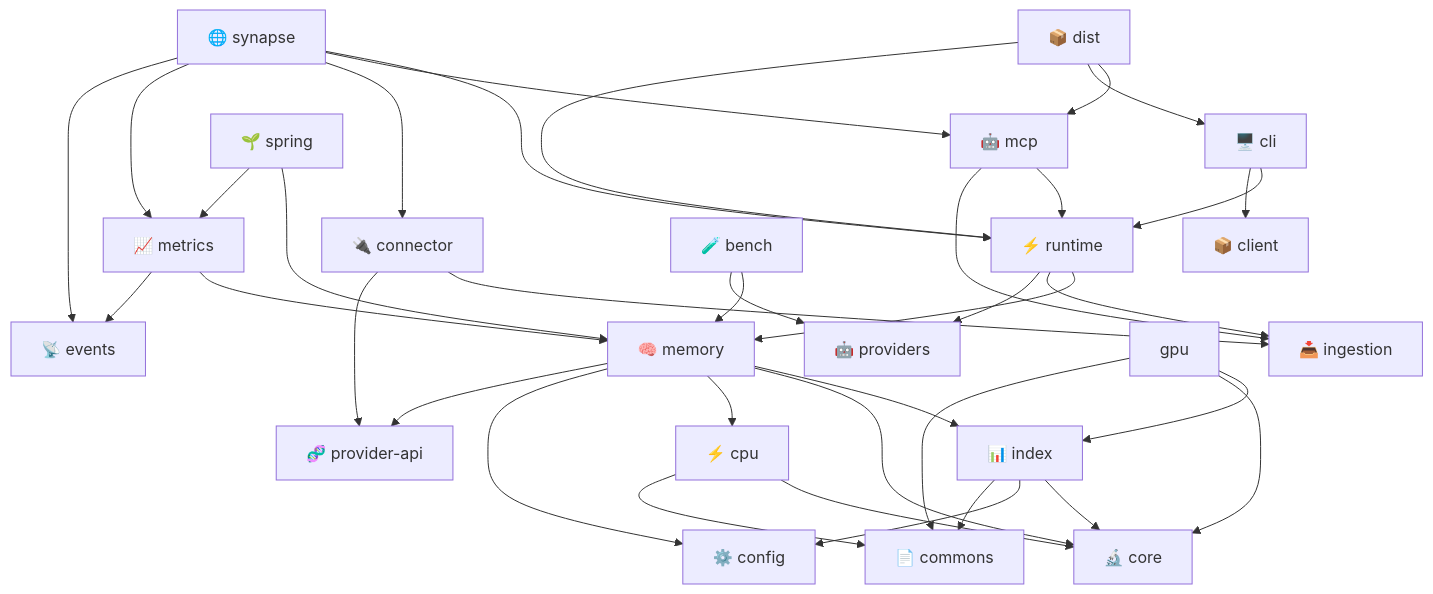
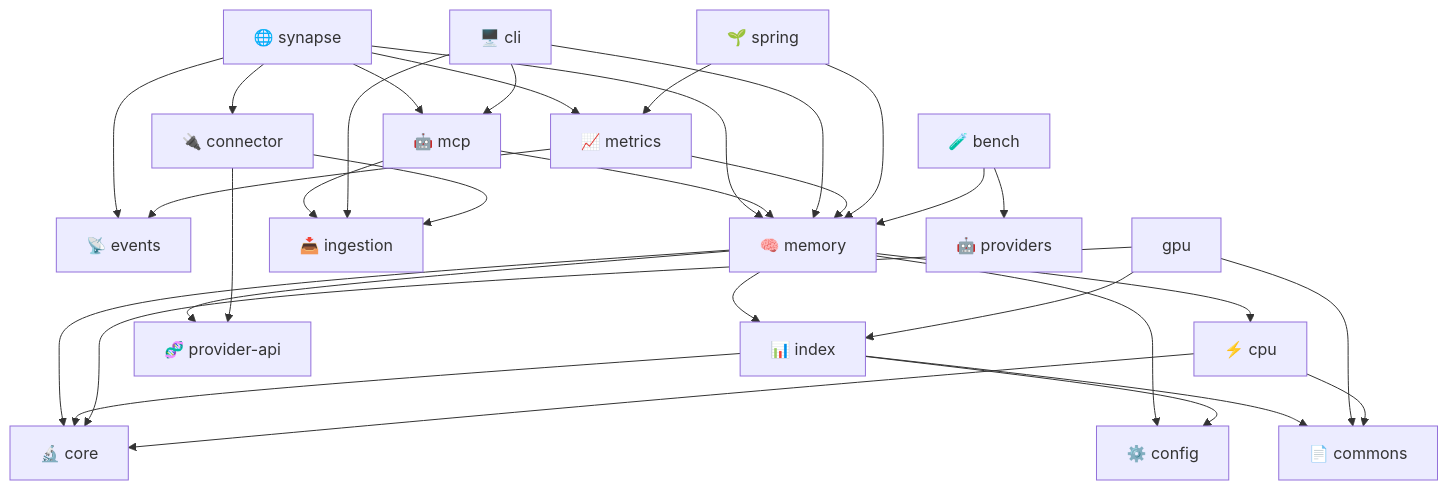
One commit to spectrayan/spector changed the seventh of 12 diagrams in docs/docs/architecture/overview.md. Above: the diagram before and after it, drawn with Mermaid. The commit also changed other lines of this file and 125 other files, not shown here.

First line of the commit message:
refactor(synapse): consolidate mcp and cli into spectorctl, decommission runtime dist and client (#658)

````diff
--- a/docs/docs/architecture/overview.md
+++ b/docs/docs/architecture/overview.md
@@ -310,49 +307,42 @@
 ```mermaid
 graph TD
-    synapse["🌐 synapse"] --> runtime["⚡ runtime"]
-    synapse --> mcp["🤖 mcp"]
+    synapse["🌐 synapse"] --> mcp["🤖 mcp"]
     synapse --> connector["🔌 connector"]
     synapse --> metrics["📈 metrics"]
     synapse --> events["📡 events"]
+    synapse --> memory["🧠 memory"]
 
-    mcp --> runtime
+    mcp --> memory
     mcp --> ingestion["📥 ingestion"]
-    cli["🖥️ cli"] --> runtime
-    cli --> client["📦 client"]
-
-    runtime --> memory["🧠 memory"]
-    runtime --> ingestion
-    runtime --> providers["🤖 providers"]
+    cli["🖥️ cli"] --> memory
+    cli --> mcp
+    cli --> ingestion
 
     memory --> index["📊 index"]
     memory --> core["🔬 core"]
     memory --> cpu["⚡ cpu"]
     memory --> config["⚙️ config"]
     memory --> providerapi["🧬 provider-api"]
 
     index --> core
     index --> config
     index --> commons["📄 commons"]
 
     gpu --> index
     gpu --> core
     gpu --> commons
 
     cpu --> core
     cpu --> commons
 
     metrics --> memory
     metrics --> events
 
     connector --> ingestion
     connector --> providerapi
 
-    dist["📦 dist"] --> mcp
-    dist --> cli
-    dist --> runtime
-
     spring["🌱 spring"] --> memory
     spring --> metrics
     bench["🧪 bench"] --> memory
-    bench --> providers
+    bench --> providers["🤖 providers"]
 ```
````
